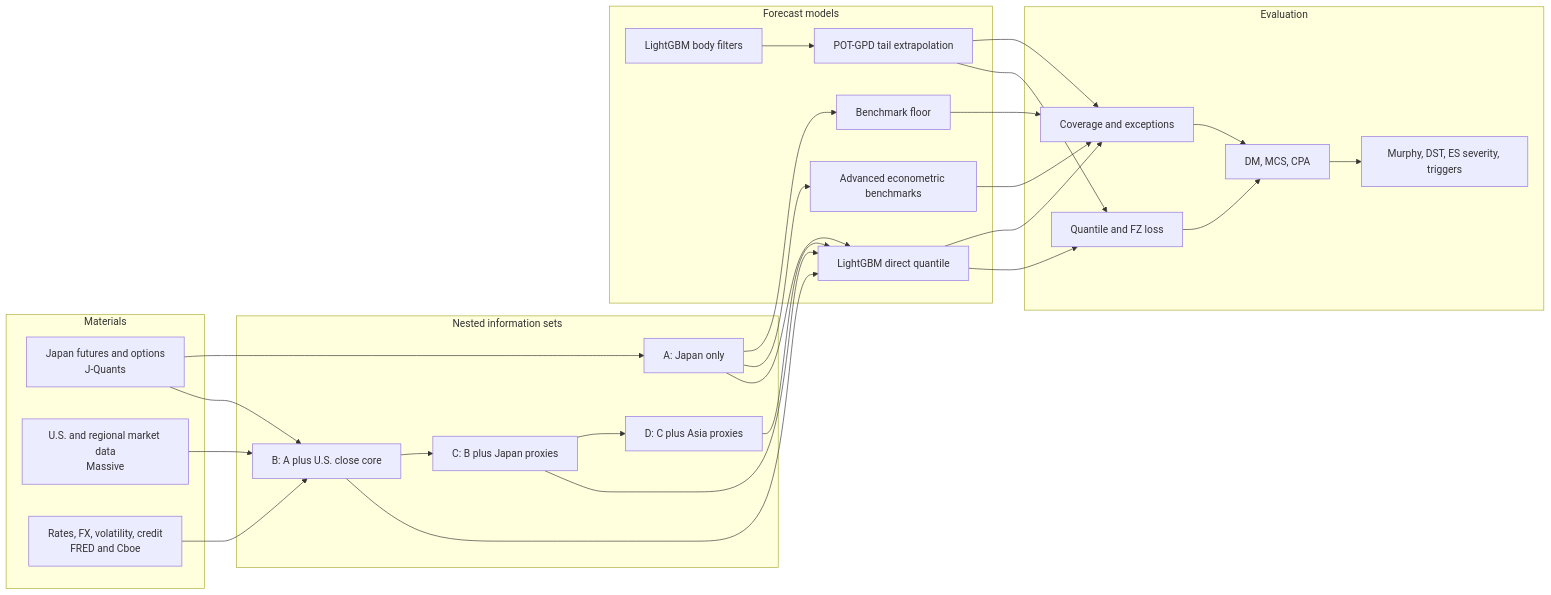
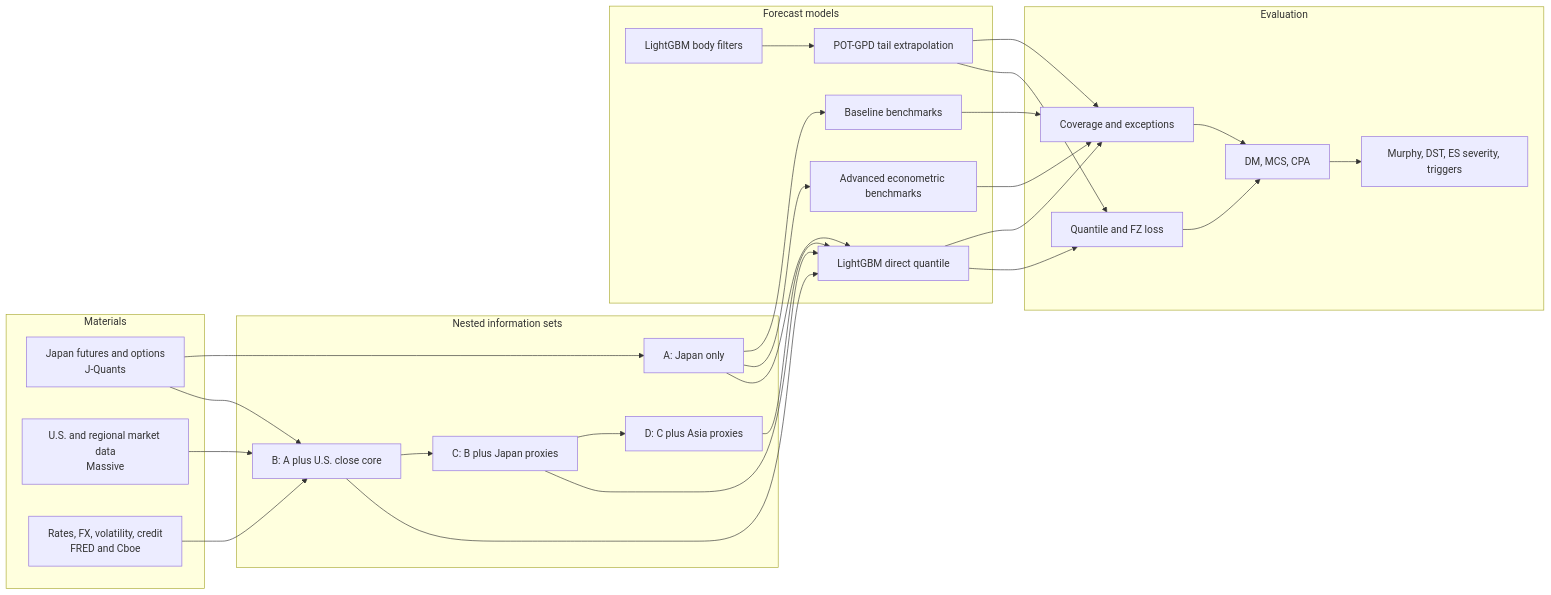
Before and after one commit to TY-Cheng/n225-open-gap-tail: the second of 2 diagrams in docs/paper_plan.md, drawn with Mermaid. The commit also changed other lines of this file and 83 other files, not shown here.

````diff
--- a/docs/paper_plan.md
+++ b/docs/paper_plan.md
@@ -362,53 +362,53 @@
 ```mermaid
 flowchart LR
     subgraph Data["Materials"]
         J["Japan futures and options<br/>J-Quants"]
         U["U.S. and regional market data<br/>Massive"]
         M["Rates, FX, volatility, credit<br/>FRED and Cboe"]
     end
 
     subgraph Features["Nested information sets"]
         A["A: Japan only"]
         B["B: A plus U.S. close core"]
         C["C: B plus Japan proxies"]
         D["D: C plus Asia proxies"]
     end
 
     subgraph Models["Forecast models"]
-        BF["Benchmark floor"]
+        BF["Baseline benchmarks"]
         AB["Advanced econometric benchmarks"]
         LQ["LightGBM direct quantile"]
         LS["LightGBM body filters"]
         EVT["POT-GPD tail extrapolation"]
     end
 
     subgraph Evaluation["Evaluation"]
         CAL["Coverage and exceptions"]
         LOSS["Quantile and FZ loss"]
         INF["DM, MCS, CPA"]
         DIAG["Murphy, DST, ES severity, triggers"]
     end
 
     J --> A
     J --> B
     U --> B
     M --> B
     B --> C
     C --> D
     A --> BF
     A --> AB
     A --> LQ
     B --> LQ
     C --> LQ
     D --> LQ
     LQ --> CAL
     LQ --> LOSS
     LS --> EVT
     EVT --> CAL
     EVT --> LOSS
     BF --> CAL
     AB --> CAL
     CAL --> INF
     LOSS --> INF
     INF --> DIAG
 ```
````
